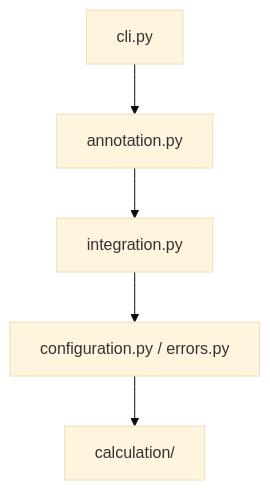
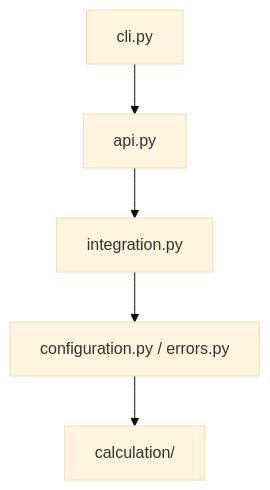
The diagram in docs/architecture.md (anndata-omics-bridge/apb-fasta), drawn with Mermaid (base theme) before and after one commit. The commit also changed other lines of this file and 15 other files, not shown here.

````diff
--- a/docs/architecture.md
+++ b/docs/architecture.md
@@ -16,13 +16,13 @@
 ```mermaid
 graph TD
     cli[cli.py]
-    annotation[annotation.py]
+    api[api.py]
     integration[integration.py]
     config[configuration.py / errors.py]
     calculation[calculation/]
 
-    cli --> annotation
-    annotation --> integration
+    cli --> api
+    api --> integration
     integration --> config
     config --> calculation
 ```
````
